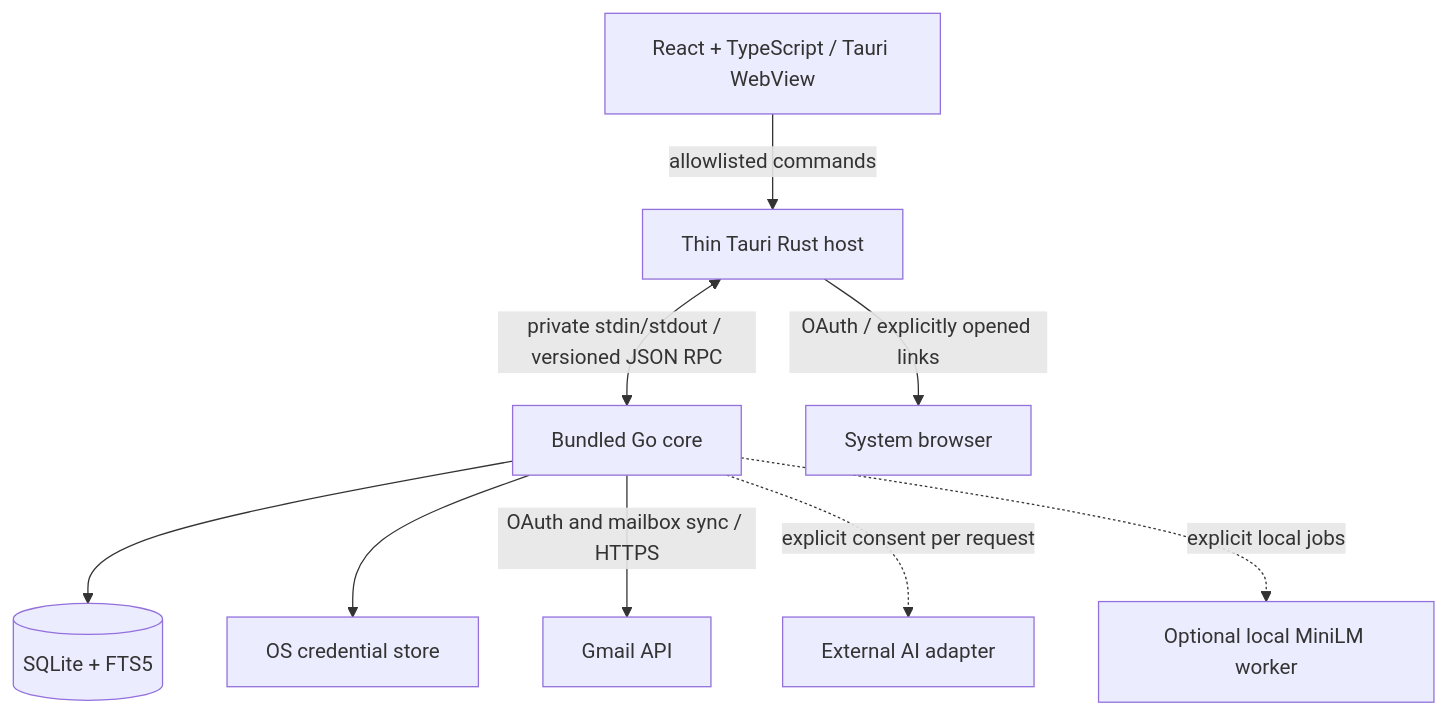
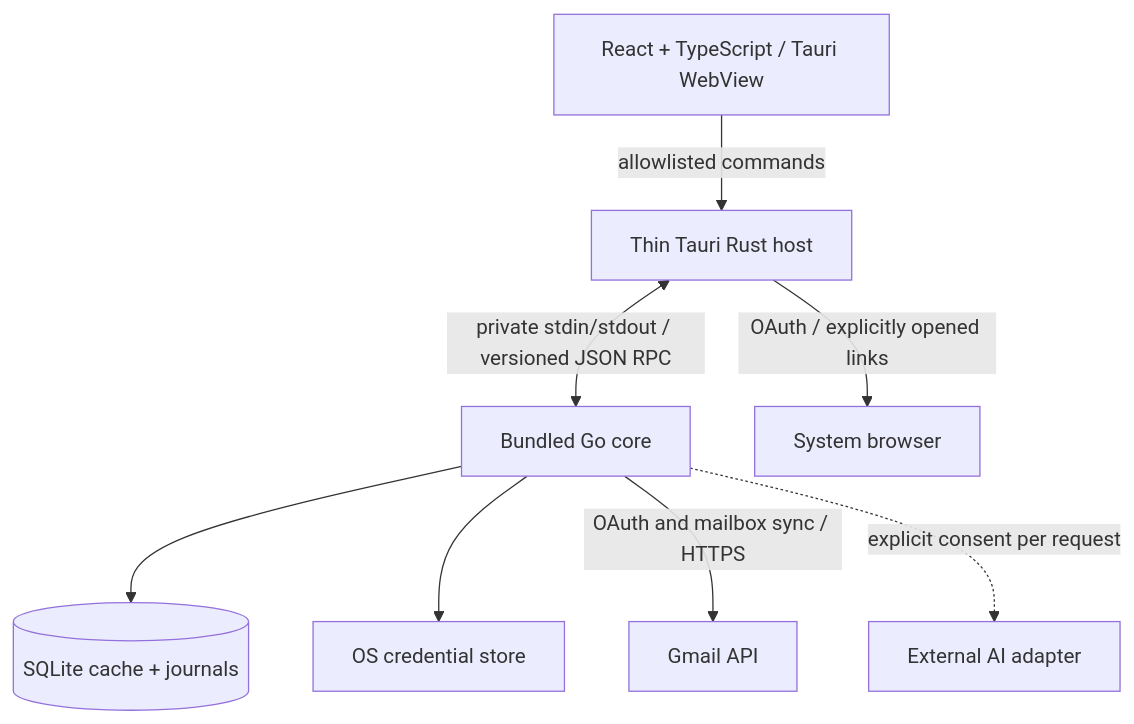
Before and after one commit to augahmed/MailPilot: the diagram in docs/ARCHITECTURE.md, drawn with Mermaid. The commit also changed other lines of this file and 90 other files, not shown here.

````diff
--- a/docs/ARCHITECTURE.md
+++ b/docs/ARCHITECTURE.md
@@ -69,11 +76,10 @@
 ```mermaid
 flowchart TB
   UI[React + TypeScript / Tauri WebView] -->|allowlisted commands| Shell[Thin Tauri Rust host]
   Shell <-->|private stdin/stdout / versioned JSON RPC| Core[Bundled Go core]
-  Core --> DB[(SQLite + FTS5)]
+  Core --> DB[(SQLite cache + journals)]
   Core --> Keys[OS credential store]
   Core -->|OAuth and mailbox sync / HTTPS| Gmail[Gmail API]
   Core -. explicit consent per request .-> AI[External AI adapter]
-  Core -. explicit local jobs .-> Vector[Optional local MiniLM worker]
   Shell -->|OAuth / explicitly opened links| Browser[System browser]
 ```
````
